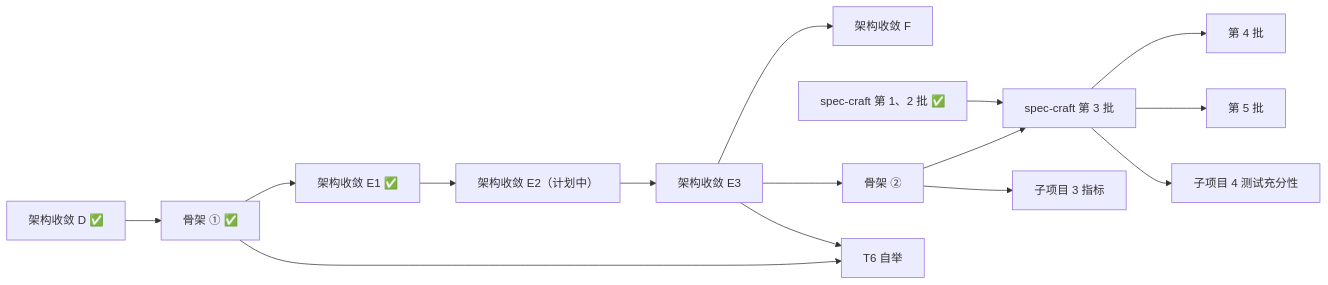
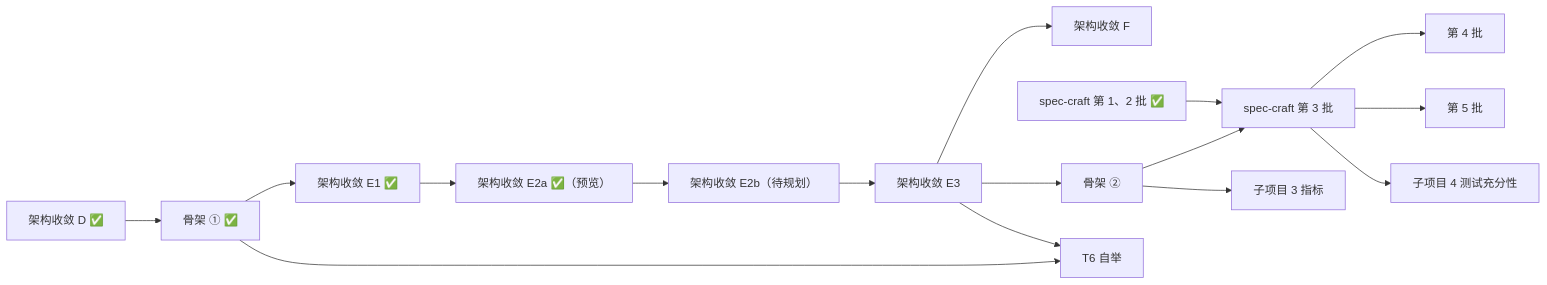
The diagram in docs/roadmap.md (jinlin725168-ai/storyloop), drawn with Mermaid before and after one commit. The commit also changed other lines of this file and 1 other file, not shown here.

First line of the commit message:
docs(roadmap): 同步 E2a 预览交付状态 (#48)

````diff
--- a/docs/roadmap.md
+++ b/docs/roadmap.md
@@ -51,17 +52,18 @@
 ```mermaid
 flowchart LR
     D["架构收敛 D ✅"] --> T1["骨架 ① ✅"]
     T1 --> E1["架构收敛 E1 ✅"]
-    E1 --> E2["架构收敛 E2（计划中）"]
-    E2 --> E3["架构收敛 E3"]
+    E1 --> E2a["架构收敛 E2a ✅（预览）"]
+    E2a --> E2b["架构收敛 E2b（待规划）"]
+    E2b --> E3["架构收敛 E3"]
     E3 --> F["架构收敛 F"]
     E3 --> T2["骨架 ②"]
     S1["spec-craft 第 1、2 批 ✅"] --> S3["spec-craft 第 3 批"]
     T2 --> S3
     S3 --> S4["第 4 批"]
     S3 --> S5["第 5 批"]
     T2 --> M["子项目 3 指标"]
     S3 --> A4["子项目 4 测试充分性"]
     E3 --> T6["T6 自举"]
     T1 --> T6
 ```
````
